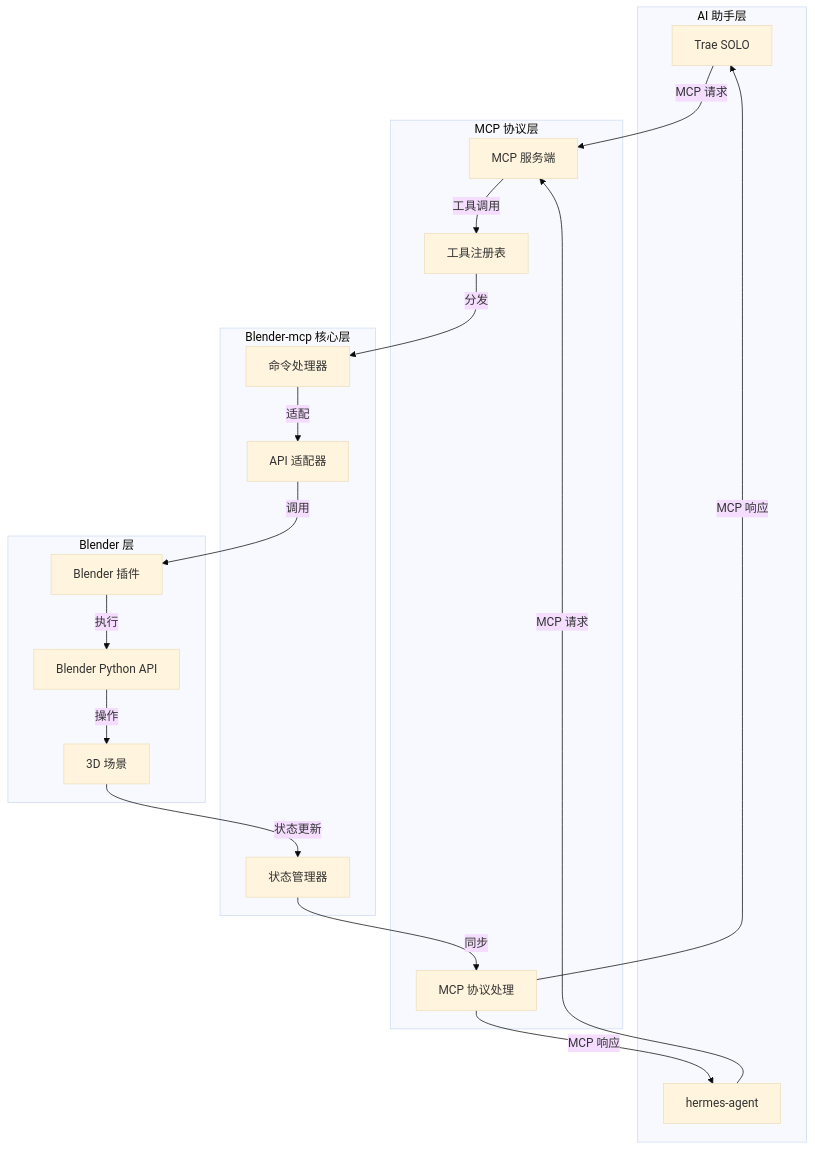
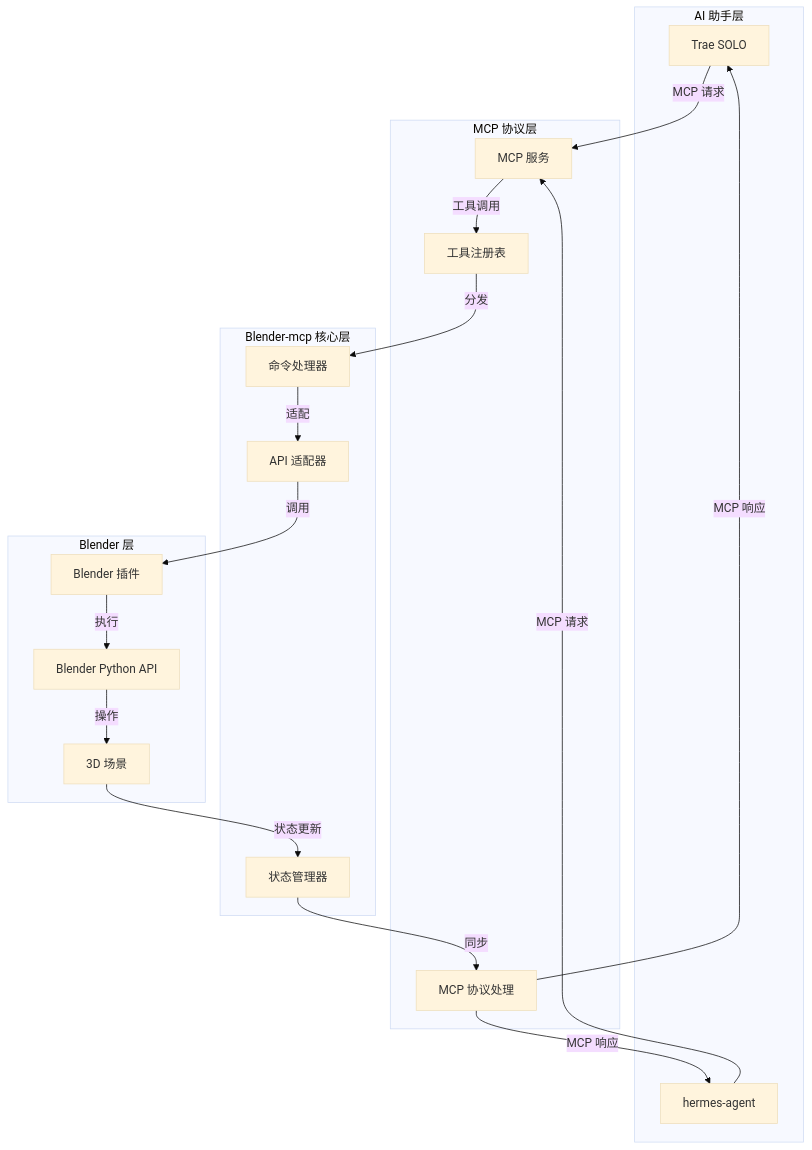
The first of 4 diagrams in 系统架构文档.md (xjdxjd/Blender-MCP), drawn with Mermaid (base theme) before and after one commit. The commit also changed other lines of this file and 2 other files, not shown here.

````diff
--- a/系统架构文档.md
+++ b/系统架构文档.md
@@ -5,38 +39,38 @@
 ```mermaid
 graph TB
     subgraph "AI 助手层"
         Trae["Trae SOLO"]
         Hermes["hermes-agent"]
     end
     
     subgraph "MCP 协议层"
-        MCP_Server["MCP 服务端"]
+        MCP_Server["MCP 服务"]
         Tool_Registry["工具注册表"]
         Protocol["MCP 协议处理"]
     end
     
     subgraph "Blender-mcp 核心层"
         Command_Handler["命令处理器"]
         API_Adapter["API 适配器"]
         State_Manager["状态管理器"]
     end
     
     subgraph "Blender 层"
         Blender_Plugin["Blender 插件"]
         Python_API["Blender Python API"]
         Scene["3D 场景"]
     end
     
     Trae -->|MCP 请求| MCP_Server
     Hermes -->|MCP 请求| MCP_Server
     MCP_Server -->|工具调用| Tool_Registry
     Tool_Registry -->|分发| Command_Handler
     Command_Handler -->|适配| API_Adapter
     API_Adapter -->|调用| Blender_Plugin
     Blender_Plugin -->|执行| Python_API
     Python_API -->|操作| Scene
     Scene -->|状态更新| State_Manager
     State_Manager -->|同步| Protocol
     Protocol -->|MCP 响应| Trae
     Protocol -->|MCP 响应| Hermes
 ```
````
